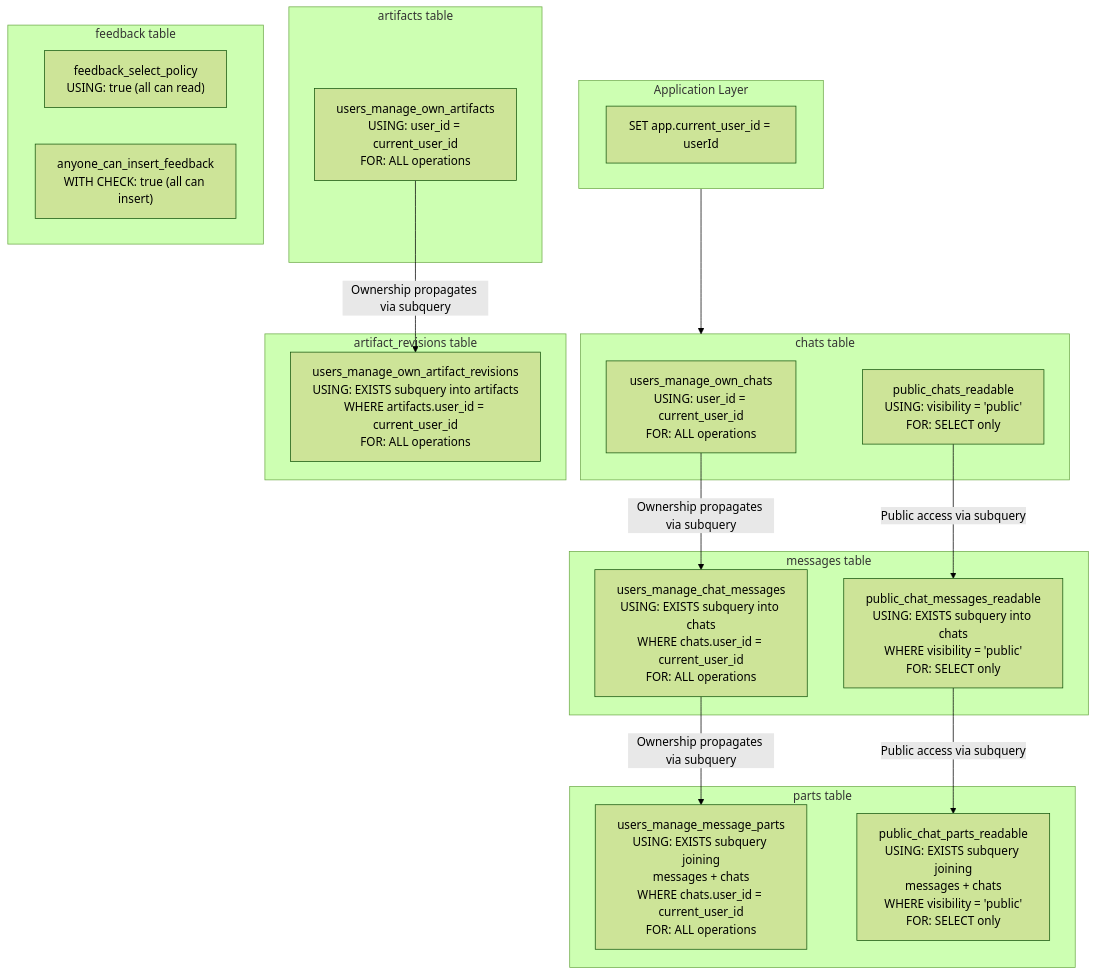
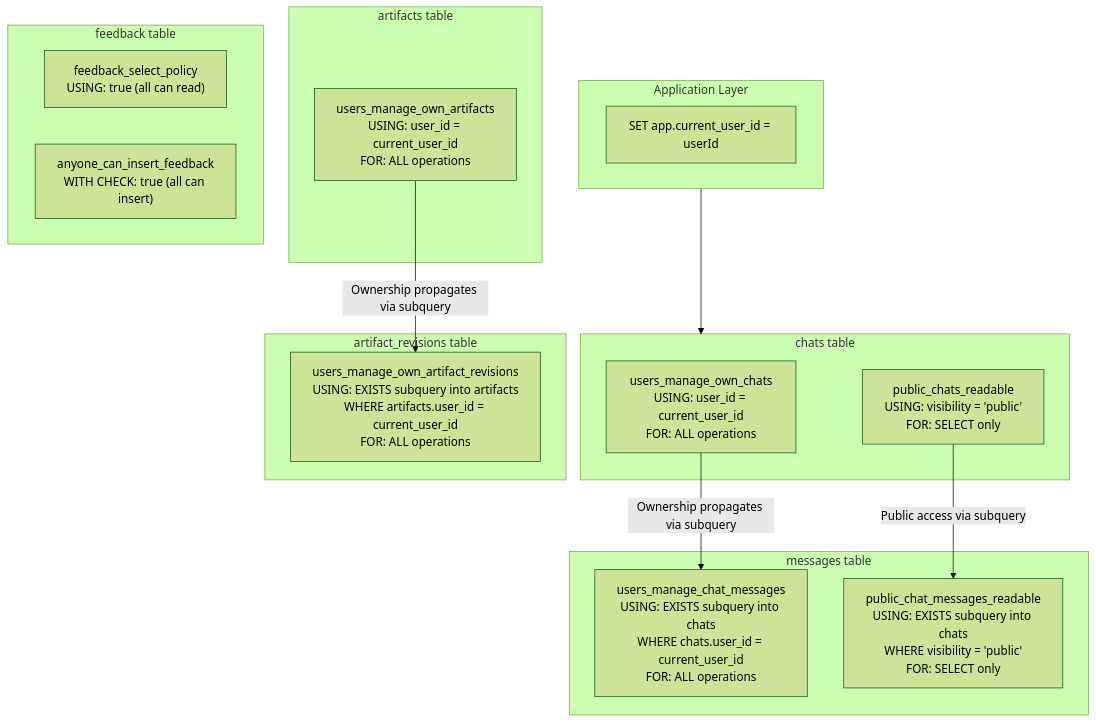
Before and after one commit to NickB03/polymorph: the tenth of 10 diagrams in docs/architecture/OVERVIEW.md, drawn with Mermaid (forest theme). The commit also changed other lines of this file and 53 other files, not shown here.

````diff
--- a/docs/architecture/OVERVIEW.md
+++ b/docs/architecture/OVERVIEW.md
@@ -749,42 +708,35 @@
 ```mermaid
 graph TD
     subgraph AppLayer["Application Layer"]
         SetUser["SET app.current_user_id = userId"]
     end
 
     subgraph ChatsRLS["chats table"]
         OwnChats["users_manage_own_chats<br/>USING: user_id = current_user_id<br/>FOR: ALL operations"]
         PublicChats["public_chats_readable<br/>USING: visibility = 'public'<br/>FOR: SELECT only"]
     end
 
     subgraph MessagesRLS["messages table"]
         OwnMessages["users_manage_chat_messages<br/>USING: EXISTS subquery into chats<br/>WHERE chats.user_id = current_user_id<br/>FOR: ALL operations"]
         PublicMessages["public_chat_messages_readable<br/>USING: EXISTS subquery into chats<br/>WHERE visibility = 'public'<br/>FOR: SELECT only"]
-    end
-
-    subgraph PartsRLS["parts table"]
-        OwnParts["users_manage_message_parts<br/>USING: EXISTS subquery joining<br/>messages + chats<br/>WHERE chats.user_id = current_user_id<br/>FOR: ALL operations"]
-        PublicParts["public_chat_parts_readable<br/>USING: EXISTS subquery joining<br/>messages + chats<br/>WHERE visibility = 'public'<br/>FOR: SELECT only"]
     end
 
     subgraph ArtifactsRLS["artifacts table"]
         OwnArtifacts["users_manage_own_artifacts<br/>USING: user_id = current_user_id<br/>FOR: ALL operations"]
     end
 
     subgraph ArtifactRevisionsRLS["artifact_revisions table"]
         OwnRevisions["users_manage_own_artifact_revisions<br/>USING: EXISTS subquery into artifacts<br/>WHERE artifacts.user_id = current_user_id<br/>FOR: ALL operations"]
     end
 
 
     subgraph FeedbackRLS["feedback table"]
         FeedbackSelect["feedback_select_policy<br/>USING: true (all can read)"]
         FeedbackInsert["anyone_can_insert_feedback<br/>WITH CHECK: true (all can insert)"]
     end
 
     AppLayer --> ChatsRLS
     OwnChats -->|"Ownership propagates via subquery"| OwnMessages
-    OwnMessages -->|"Ownership propagates via subquery"| OwnParts
     OwnArtifacts -->|"Ownership propagates via subquery"| OwnRevisions
     PublicChats -->|"Public access via subquery"| PublicMessages
-    PublicMessages -->|"Public access via subquery"| PublicParts
 ```
````
